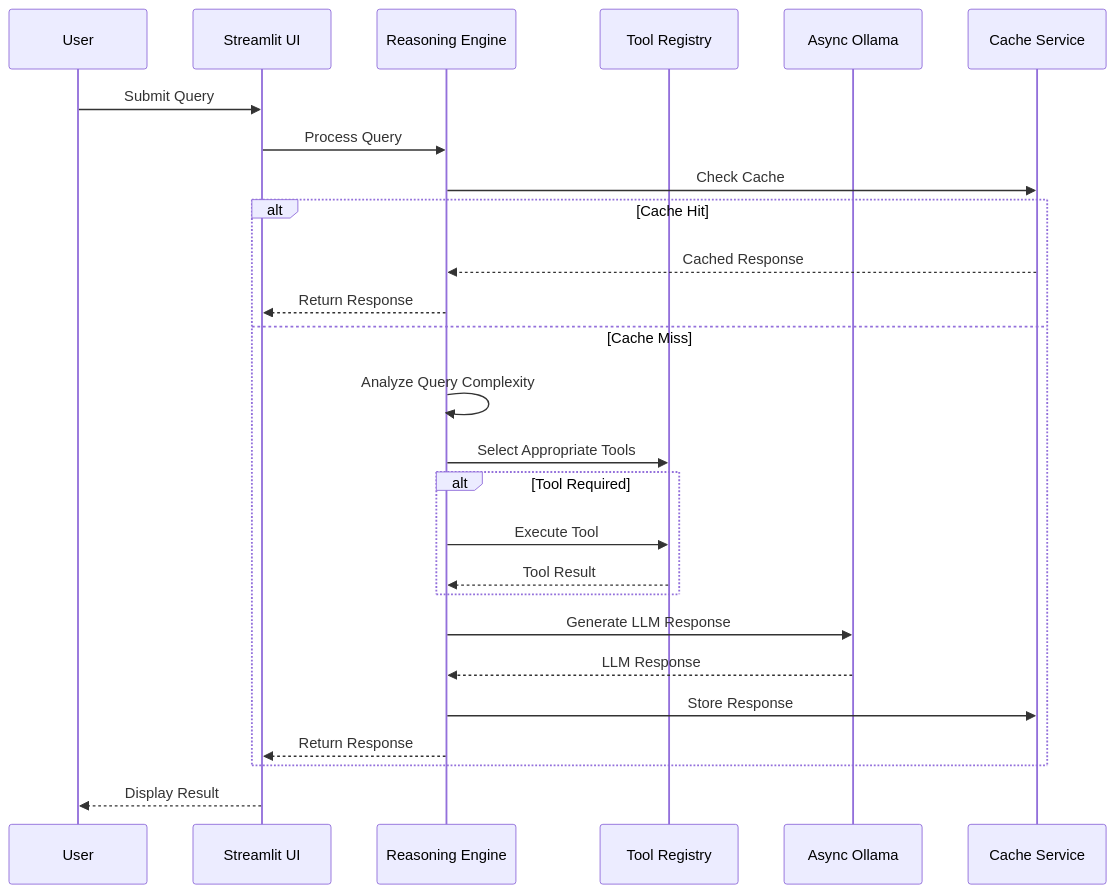
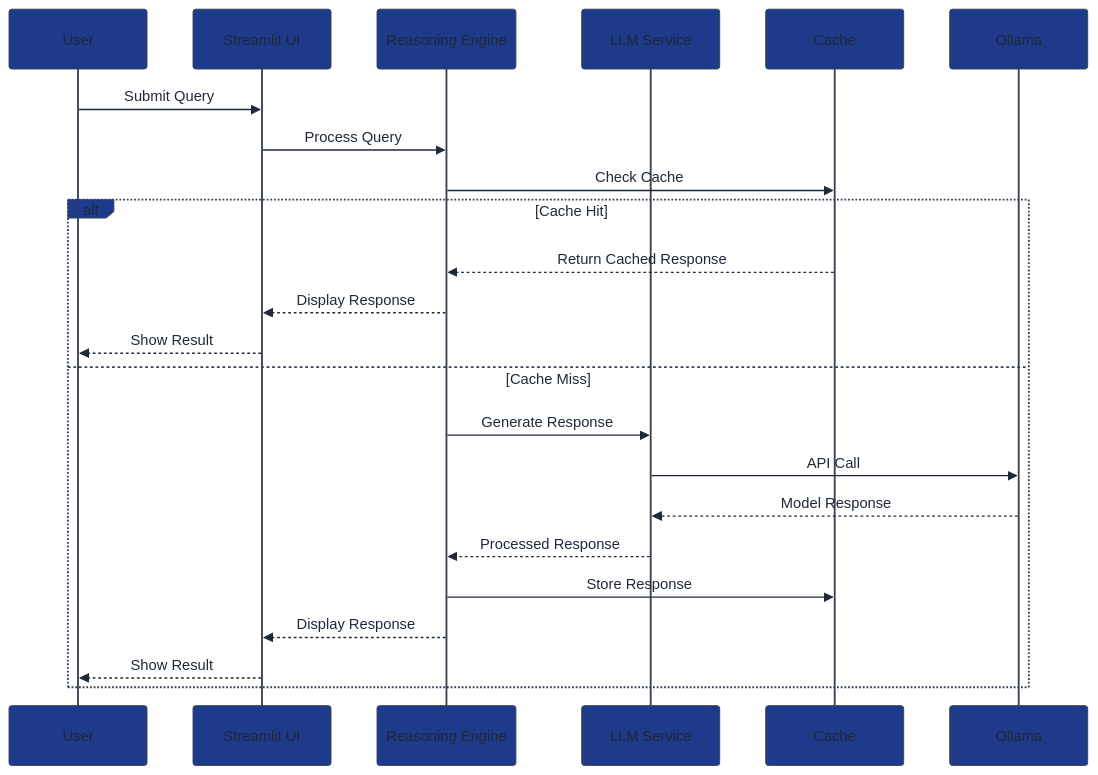
One commit to khaosans/basic-chat changed the sixth of 14 diagrams in docs/ARCHITECTURE.md. Above: the diagram before and after it, drawn with Mermaid. The commit also changed other lines of this file and 10 other files, not shown here.

````diff
--- a/docs/ARCHITECTURE.md
+++ b/docs/ARCHITECTURE.md
@@ -244,33 +388,28 @@
 ```mermaid
+%%{init: {'theme': 'base', 'themeVariables': { 'fontSize': '16px', 'fontFamily': 'Arial, sans-serif', 'primaryColor': '#1e3a8a', 'primaryTextColor': '#1f2937', 'primaryBorderColor': '#374151', 'lineColor': '#6b7280', 'secondaryColor': '#f3f4f6', 'tertiaryColor': '#e5e7eb', 'edgeLabelBackground': '#f9fafb'}}}%%
 sequenceDiagram
-    participant User
+    participant U as User
     participant UI as Streamlit UI
     participant RE as Reasoning Engine
-    participant TR as Tool Registry
-    participant AO as Async Ollama
-    participant Cache as Cache Service
+    participant LLM as LLM Service
+    participant CACHE as Cache
+    participant OLLAMA as Ollama
     
-    User->>UI: Submit Query
+    U->>UI: Submit Query
     UI->>RE: Process Query
+    RE->>CACHE: Check Cache
     
-    RE->>Cache: Check Cache
     alt Cache Hit
-        Cache-->>RE: Cached Response
-        RE-->>UI: Return Response
+        CACHE-->>RE: Return Cached Response
+        RE-->>UI: Display Response
+        UI-->>U: Show Result
     else Cache Miss
-        RE->>RE: Analyze Query Complexity
-        RE->>TR: Select Appropriate Tools
-        
-        alt Tool Required
-            RE->>TR: Execute Tool
-            TR-->>RE: Tool Result
-        end
-        
-        RE->>AO: Generate LLM Response
-        AO-->>RE: LLM Response
-        RE->>Cache: Store Response
-        RE-->>UI: Return Response
+        RE->>LLM: Generate Response
+        LLM->>OLLAMA: API Call
+        OLLAMA-->>LLM: Model Response
+        LLM-->>RE: Processed Response
+        RE->>CACHE: Store Response
+        RE-->>UI: Display Response
+        UI-->>U: Show Result
     end
-    
-    UI-->>User: Display Result
 ```
````
